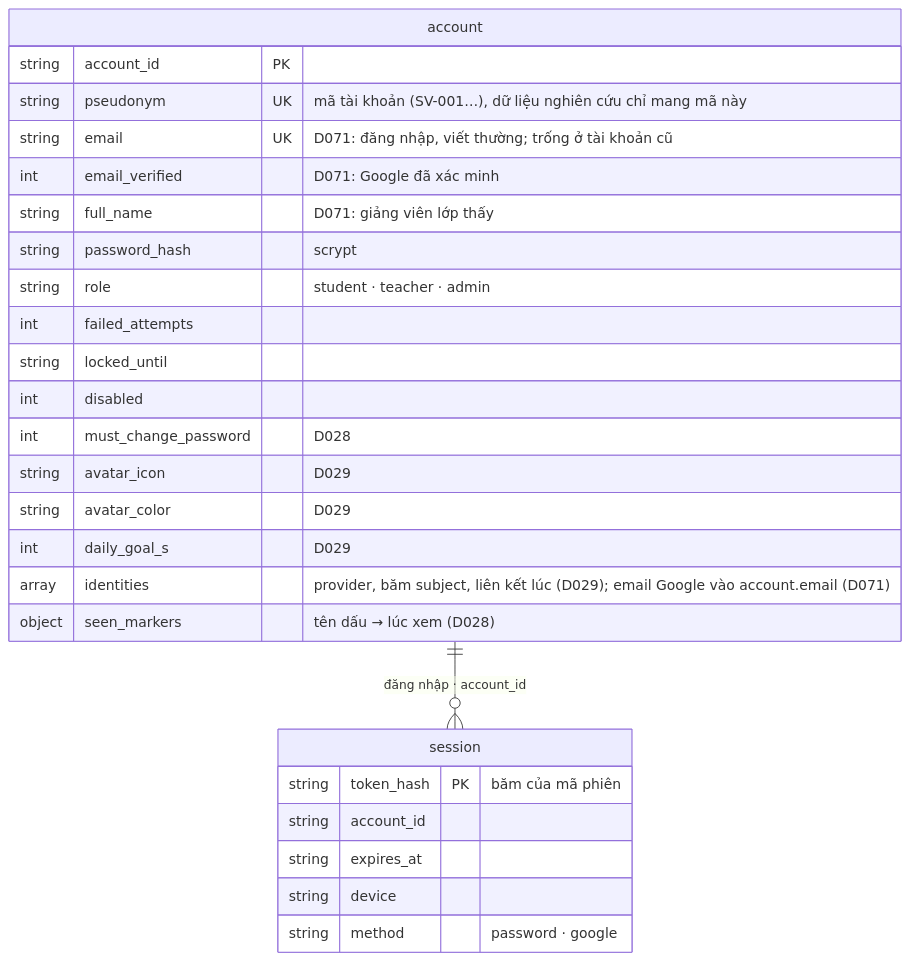
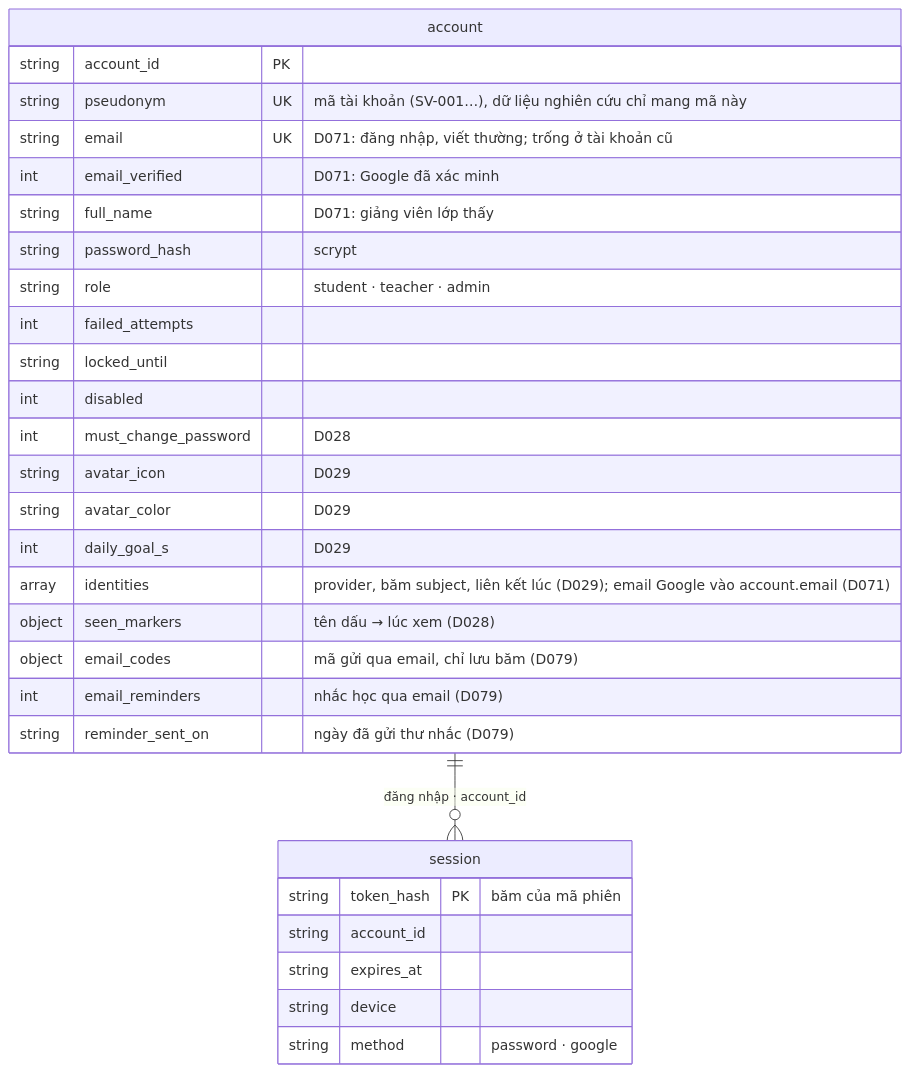
The seventh of 11 diagrams in docs/sdd/SDD.md (ThanhSangLouis/ai-assessor-cefr), drawn with Mermaid before and after one commit. The commit also changed other lines of this file and 90 other files, not shown here.

````diff
--- a/docs/sdd/SDD.md
+++ b/docs/sdd/SDD.md
@@ -1071,34 +1069,37 @@
 ```mermaid
 %% SDD - Diagram 5c: ERD - dinh danh (MongoDB, database core, D060)
 %% Lien ket Google va dau "da xem" nam trong document cua tai khoan; phien dang
 %% nhap la collection rieng vi can chi muc TTL tu xoa phien het han.
 erDiagram
     account ||--o{ session : "đăng nhập · account_id"
 
     account {
         string account_id PK
         string pseudonym UK "mã tài khoản (SV-001…), dữ liệu nghiên cứu chỉ mang mã này"
         string email UK "D071: đăng nhập, viết thường; trống ở tài khoản cũ"
         int email_verified "D071: Google đã xác minh"
         string full_name "D071: giảng viên lớp thấy"
         string password_hash "scrypt"
         string role "student · teacher · admin"
         int failed_attempts
         string locked_until
         int disabled
         int must_change_password "D028"
         string avatar_icon "D029"
         string avatar_color "D029"
         int daily_goal_s "D029"
         array identities "provider, băm subject, liên kết lúc (D029); email Google vào account.email (D071)"
         object seen_markers "tên dấu → lúc xem (D028)"
+        object email_codes "mã gửi qua email, chỉ lưu băm (D079)"
+        int email_reminders "nhắc học qua email (D079)"
+        string reminder_sent_on "ngày đã gửi thư nhắc (D079)"
     }
 
     session {
         string token_hash PK "băm của mã phiên"
         string account_id
         string expires_at
         string device
         string method "password · google"
     }
 ```
````
